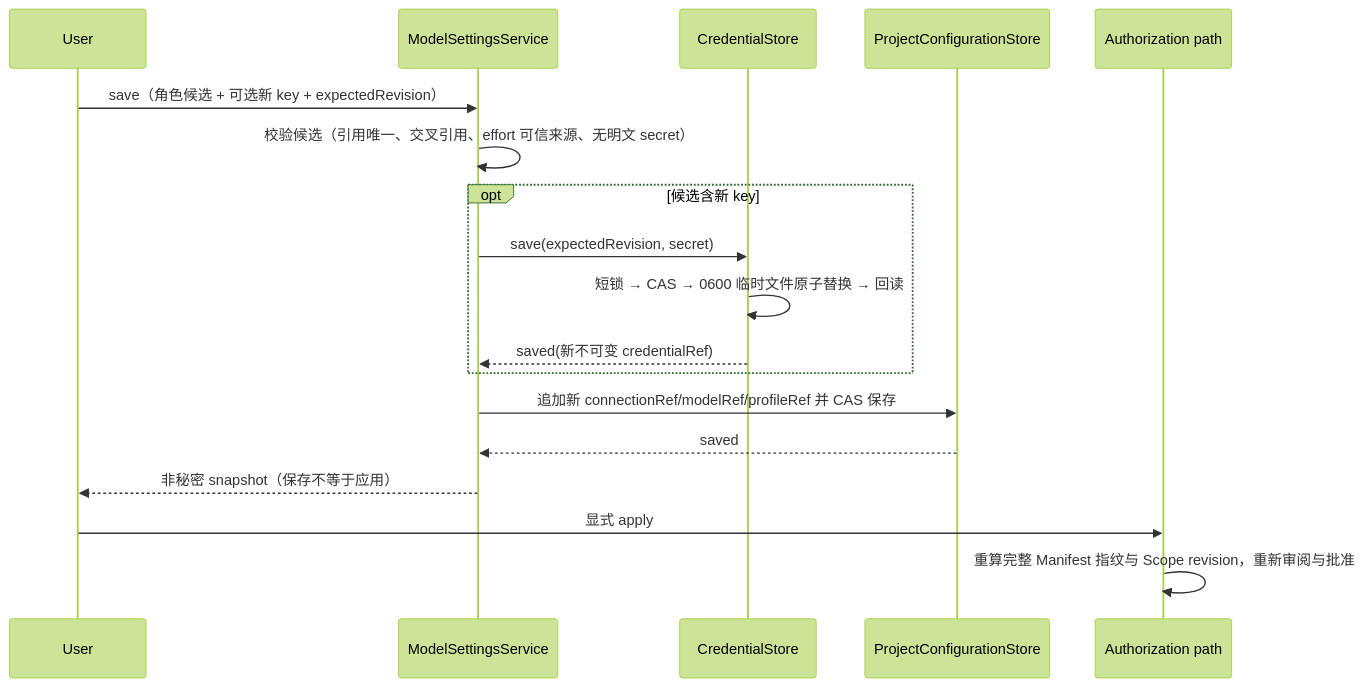
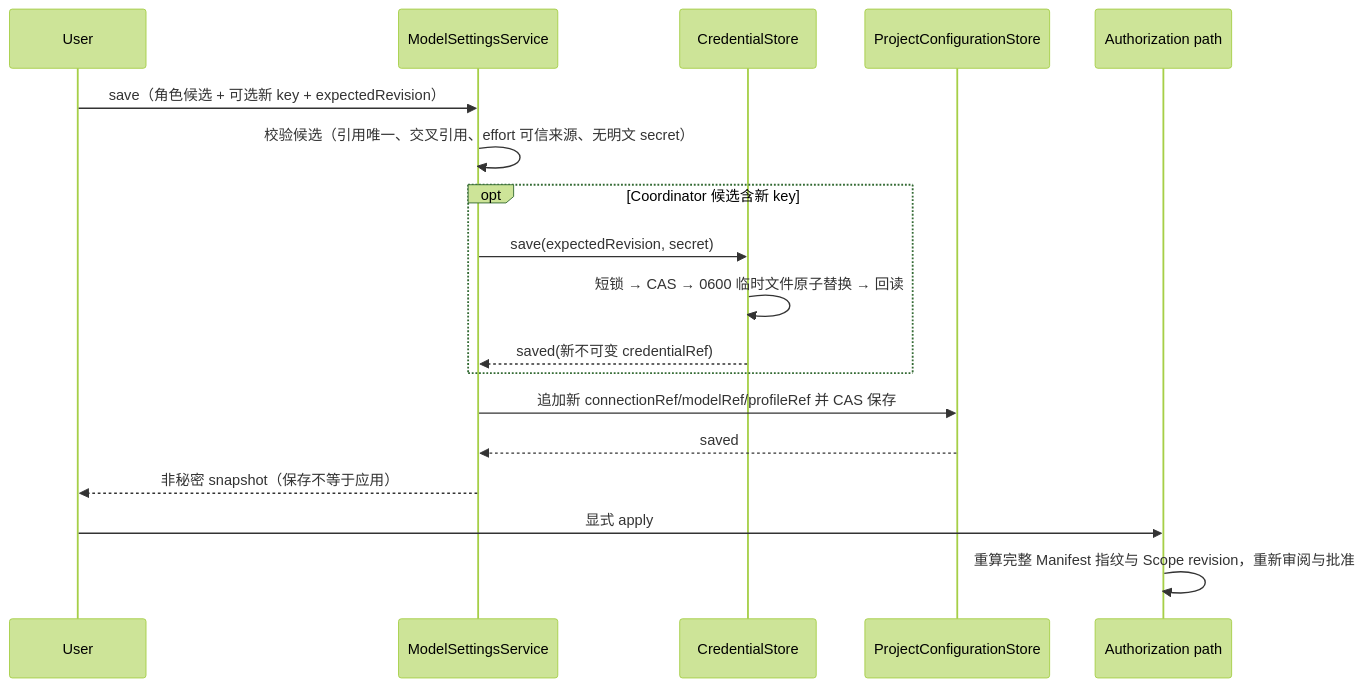
The ninth of 9 diagrams in docs/architecture.md (leike0813/orca-companion), drawn with Mermaid (forest theme) before and after one commit. The commit also changed other lines of this file and 151 other files, not shown here.

````diff
--- a/docs/architecture.md
+++ b/docs/architecture.md
@@ -331,21 +331,21 @@
 ```mermaid
 sequenceDiagram
   participant U as User
   participant T as ModelSettingsService
   participant C as CredentialStore
   participant P as ProjectConfigurationStore
   participant A as Authorization path
 
   U->>T: save（角色候选 + 可选新 key + expectedRevision）
   T->>T: 校验候选（引用唯一、交叉引用、effort 可信来源、无明文 secret）
-  opt 候选含新 key
+  opt Coordinator 候选含新 key
     T->>C: save(expectedRevision, secret)
     C->>C: 短锁 → CAS → 0600 临时文件原子替换 → 回读
     C-->>T: saved(新不可变 credentialRef)
   end
   T->>P: 追加新 connectionRef/modelRef/profileRef 并 CAS 保存
   P-->>T: saved
   T-->>U: 非秘密 snapshot（保存不等于应用）
   U->>A: 显式 apply
   A->>A: 重算完整 Manifest 指纹与 Scope revision，重新审阅与批准
 ```
````
